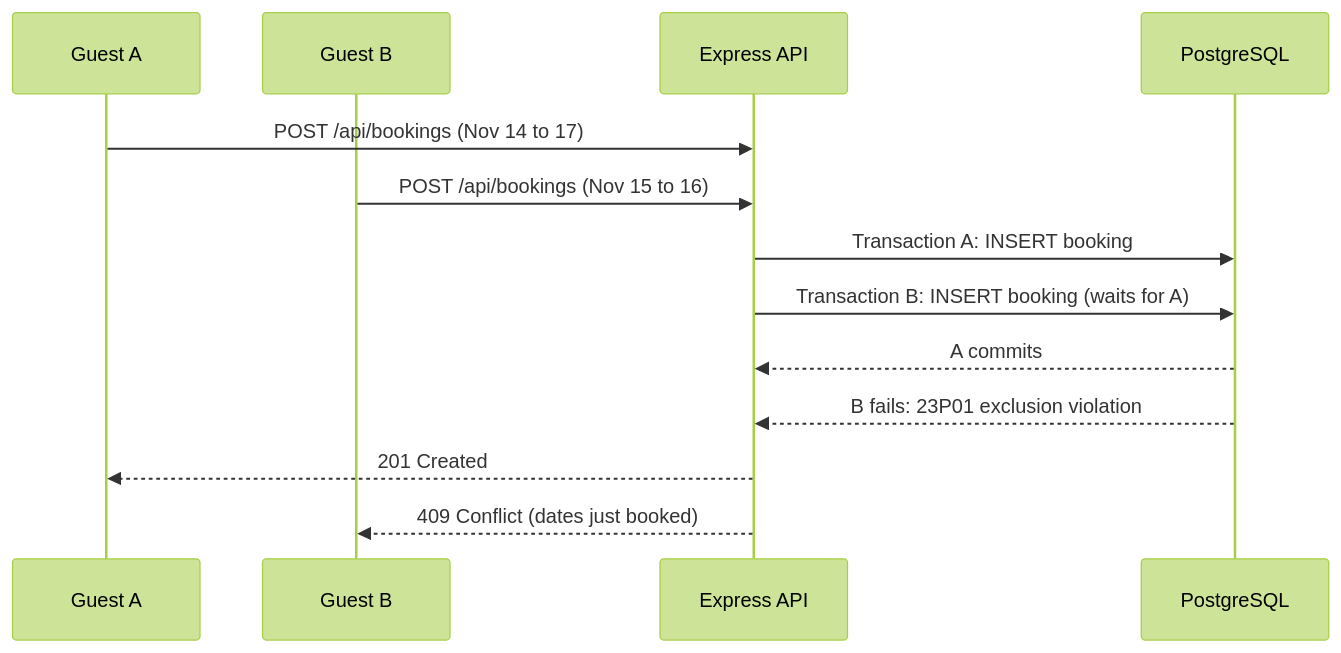
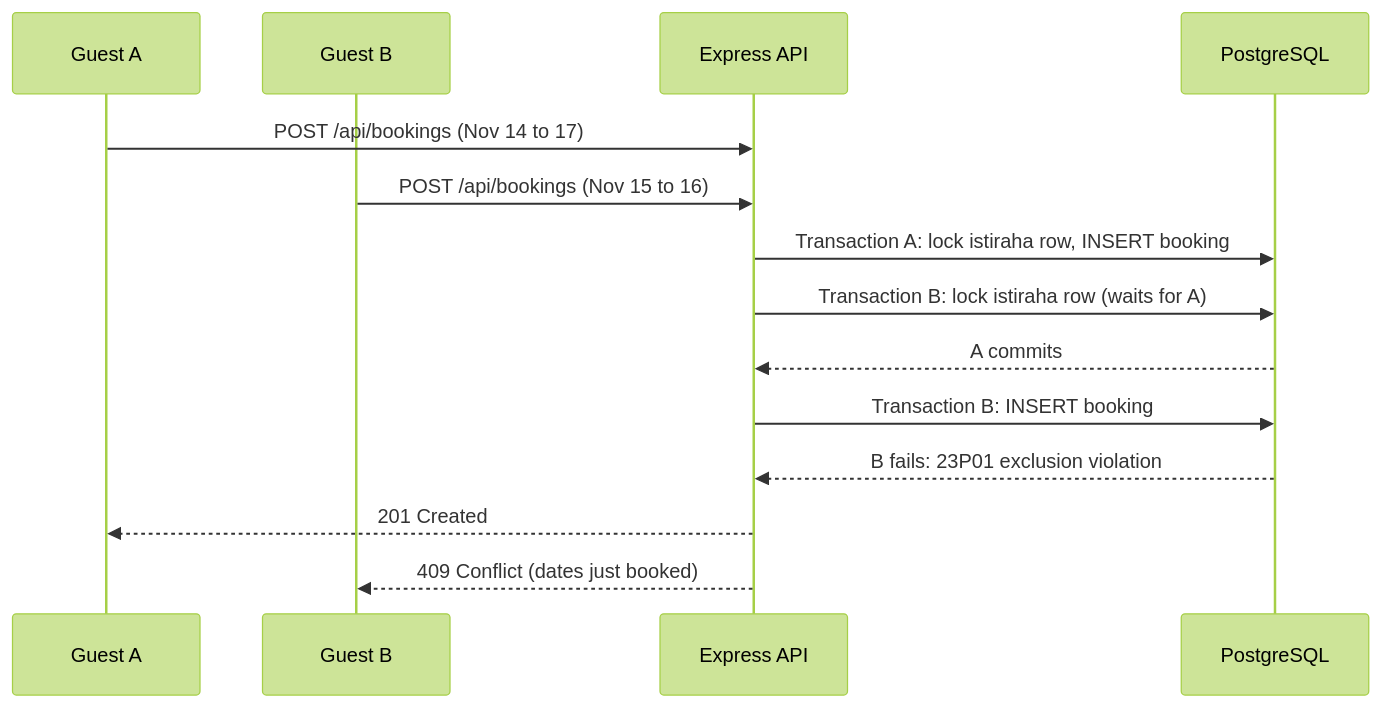
One commit to O5mu/raha-booking changed the first of 3 diagrams in README.md. Above: the diagram before and after it, drawn with Mermaid (forest theme). The commit also changed other lines of this file, not shown here.

Commit message:
Document the deadlock found in CI and the row-lock fix

````diff
--- a/README.md
+++ b/README.md
@@ -83,15 +89,16 @@
 ```mermaid
 sequenceDiagram
     participant A as Guest A
     participant B as Guest B
     participant API as Express API
     participant DB as PostgreSQL
     A->>API: POST /api/bookings (Nov 14 to 17)
     B->>API: POST /api/bookings (Nov 15 to 16)
-    API->>DB: Transaction A: INSERT booking
-    API->>DB: Transaction B: INSERT booking (waits for A)
+    API->>DB: Transaction A: lock istiraha row, INSERT booking
+    API->>DB: Transaction B: lock istiraha row (waits for A)
     DB-->>API: A commits
+    API->>DB: Transaction B: INSERT booking
     DB-->>API: B fails: 23P01 exclusion violation
     API-->>A: 201 Created
     API-->>B: 409 Conflict (dates just booked)
 ```
````
